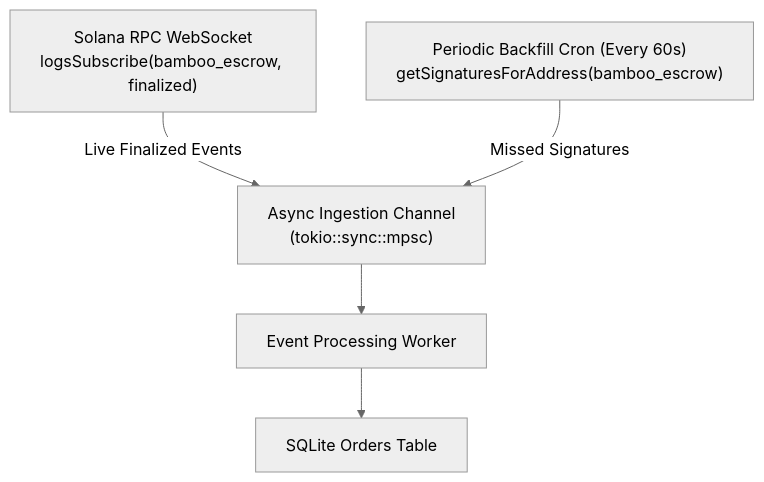
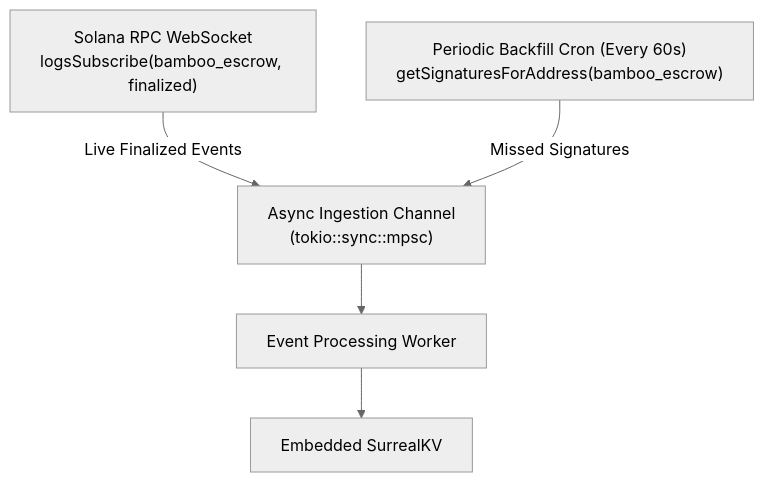
One commit to alikulaOwen/bamboo changed the first of 3 diagrams in docs/plan/13-relayer-daemon.md. Above: the diagram before and after it, drawn with Mermaid (neutral theme). The commit also changed other lines of this file and 17 other files, not shown here.

````diff
--- a/docs/plan/13-relayer-daemon.md
+++ b/docs/plan/13-relayer-daemon.md
@@ -48,13 +48,13 @@
 ```mermaid
 flowchart TD
     WS["Solana RPC WebSocket\nlogsSubscribe(bamboo_escrow, finalized)"]
     Queue["Async Ingestion Channel\n(tokio::sync::mpsc)"]
     Worker["Event Processing Worker"]
     BackfillCron["Periodic Backfill Cron (Every 60s)\ngetSignaturesForAddress(bamboo_escrow)"]
-    DB["SQLite Orders Table"]
+    DB["Embedded SurrealKV"]
 
     WS -- "Live Finalized Events" --> Queue
     BackfillCron -- "Missed Signatures" --> Queue
     Queue --> Worker
     Worker --> DB
 ```
````
